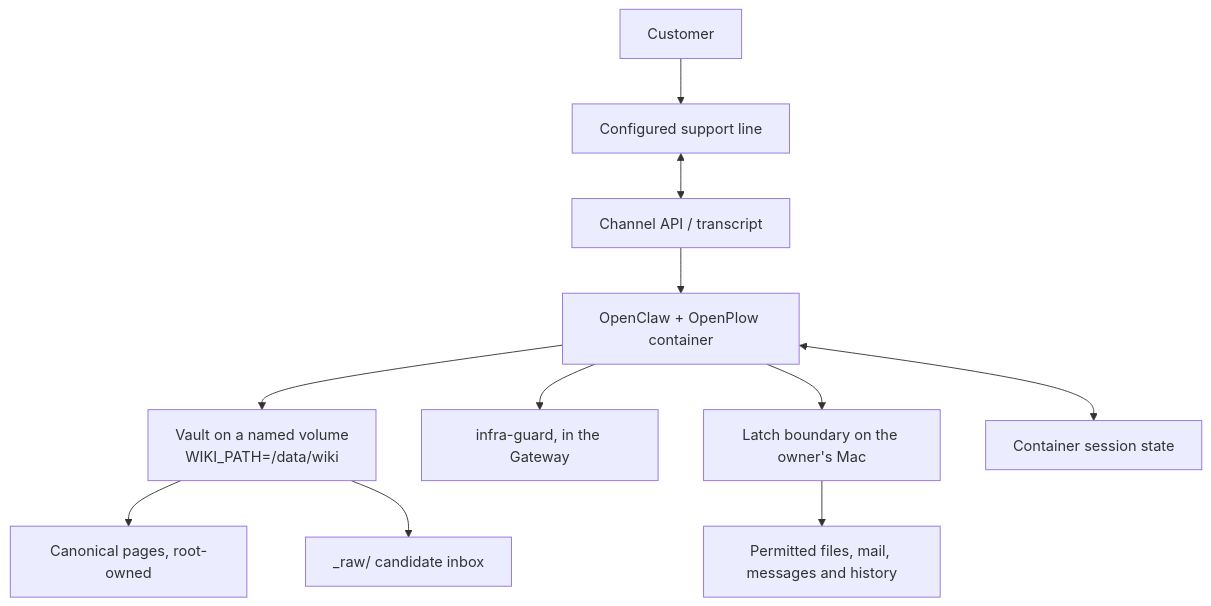
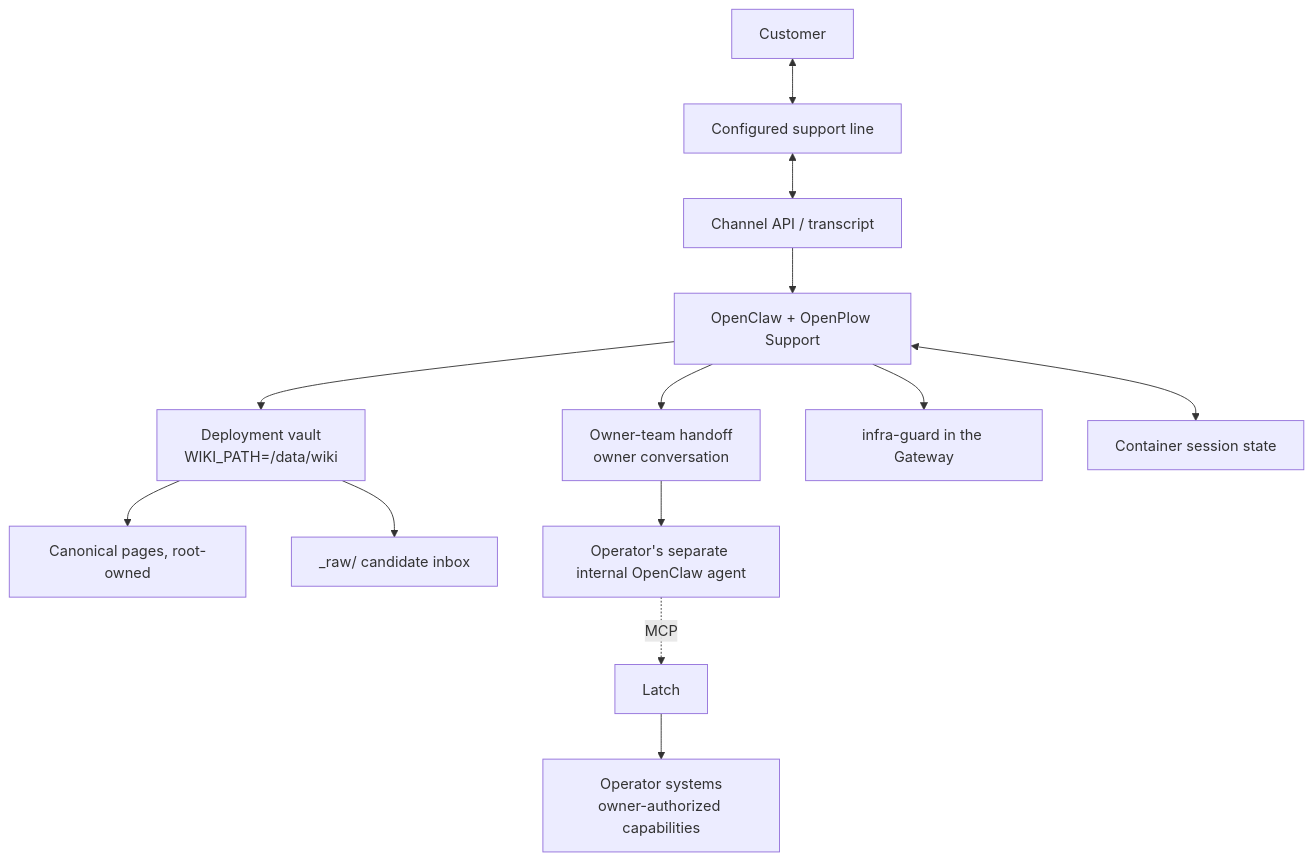
The diagram in docs/architecture.md (kumanaya/openplow), drawn with Mermaid before and after one commit. The commit also changed other lines of this file and 22 other files, not shown here.

First line of the commit message:
docs(openplow): clarify wiki-first support and operator Latch workflow

````diff
--- a/docs/architecture.md
+++ b/docs/architecture.md
@@ -13,13 +9,15 @@
 ```mermaid
 flowchart TB
-  C[Customer] --> P[Configured support line]
+  C[Customer] <--> P[Configured support line]
   P <--> T[Channel API / transcript]
-  T --> O[OpenClaw + OpenPlow container]
-  O --> W[Vault on a named volume<br/>WIKI_PATH=/data/wiki]
+  T --> O[OpenClaw + OpenPlow Support]
+  O --> W[Deployment vault<br/>WIKI_PATH=/data/wiki]
   W --> K[Canonical pages, root-owned]
   W --> R[_raw/ candidate inbox]
-  O --> G[infra-guard, in the Gateway]
-  O --> L[Latch boundary on the owner's Mac]
-  L --> F[Permitted files, mail, messages and history]
+  O --> H[Owner-team handoff<br/>owner conversation]
+  H --> I[Operator's separate internal OpenClaw agent]
+  I -. MCP .-> L[Latch]
+  L --> F[Operator systems<br/>owner-authorized capabilities]
+  O --> G[infra-guard in the Gateway]
   O <--> V[Container session state]
 ```
````
